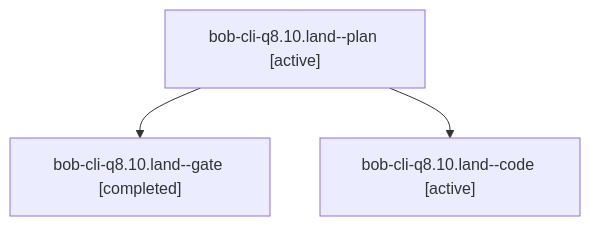
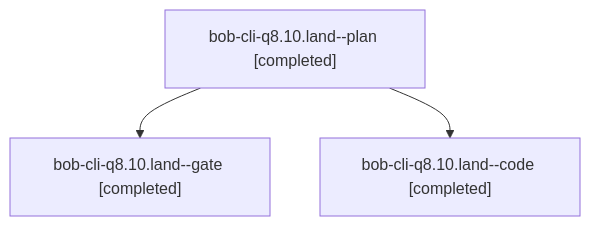
The diagram in sessions/bbugyi200.apollo.bob-cli-q8.10.land.md (bobs-org/bob-cli--agents), drawn with Mermaid before and after one commit. The commit also changed other lines of this file and 47 other files, not shown here.

````diff
--- a/sessions/bbugyi200.apollo.bob-cli-q8.10.land.md
+++ b/sessions/bbugyi200.apollo.bob-cli-q8.10.land.md
@@ -9,8 +9,8 @@
 ```mermaid
 flowchart TD
-  n0["bob-cli-q8.10.land--plan [active]"]
+  n0["bob-cli-q8.10.land--plan [completed]"]
   n1["bob-cli-q8.10.land--gate [completed]"]
   n0 --> n1
-  n2["bob-cli-q8.10.land--code [active]"]
+  n2["bob-cli-q8.10.land--code [completed]"]
   n0 --> n2
 ```
````
